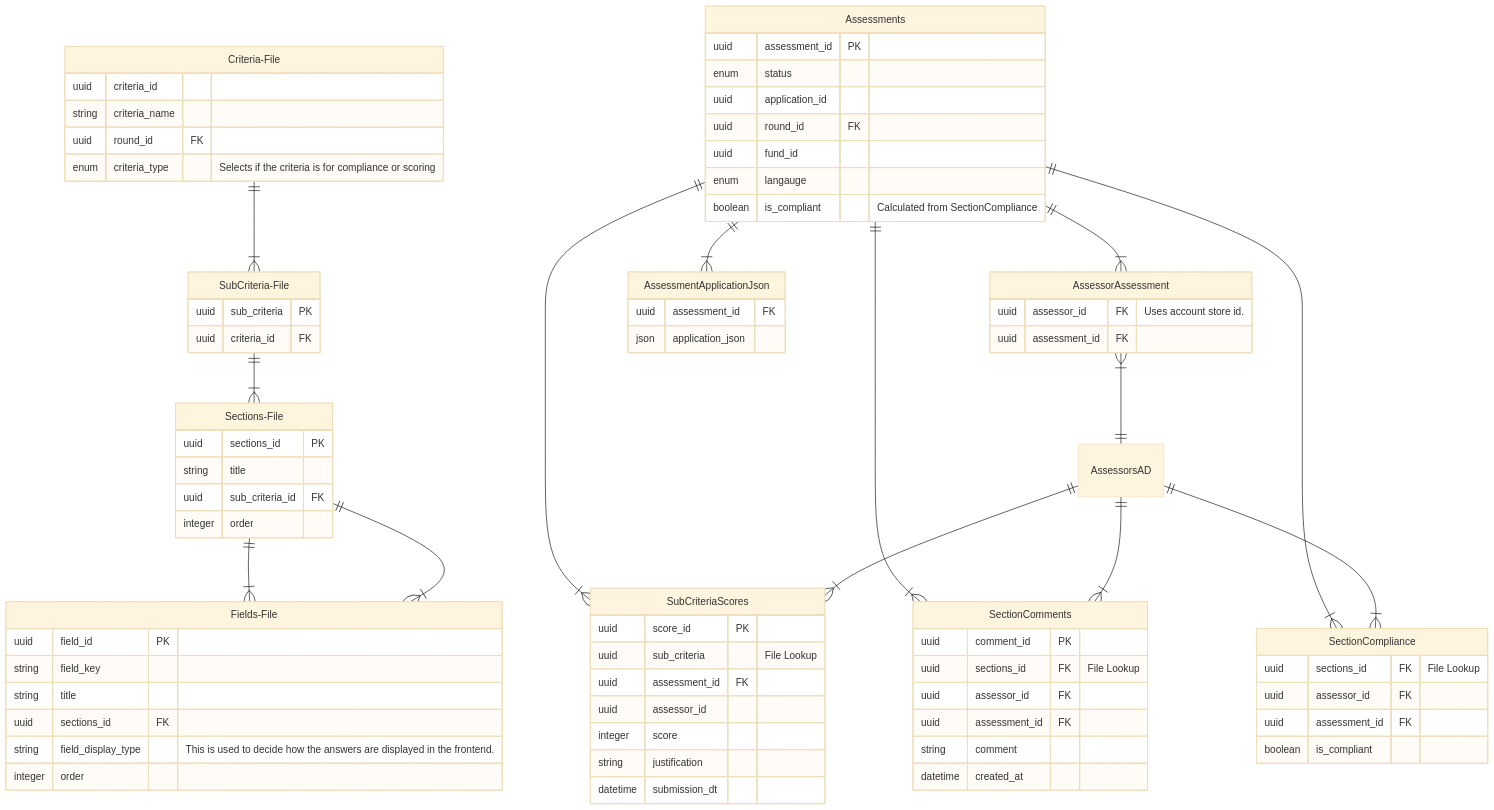
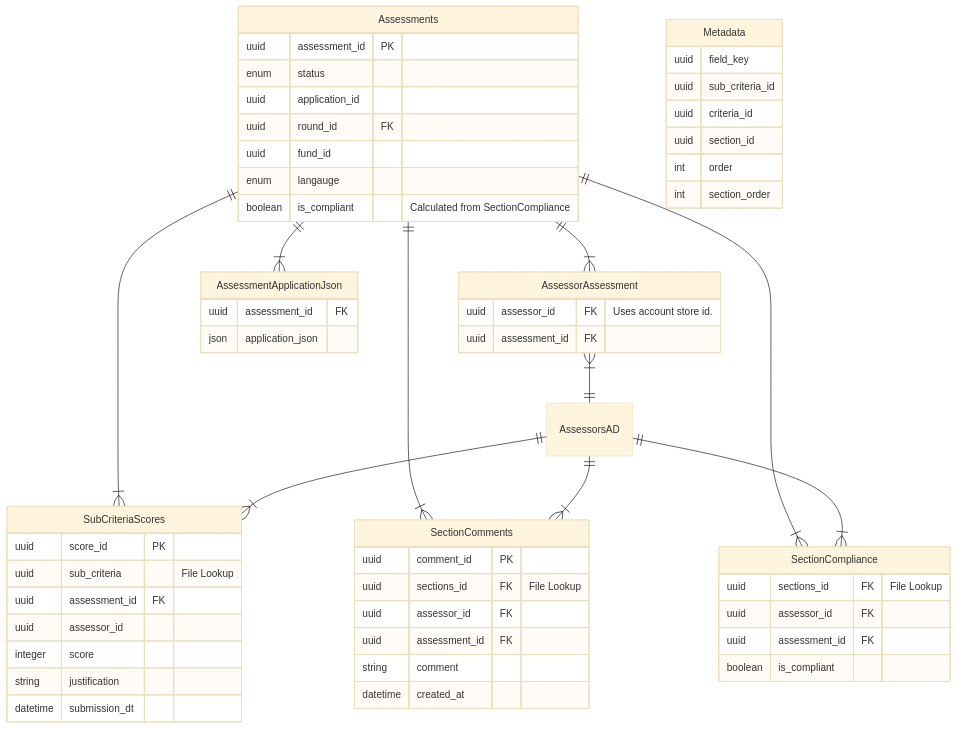
One commit to communitiesuk/funding-service-design-assessment-store changed the diagram in diagrams/db_diagram.md. Above: the diagram before and after it, drawn with Mermaid (base theme).

````diff
--- a/diagrams/db_diagram.md
+++ b/diagrams/db_diagram.md
@@ -1,15 +1,5 @@
 ```mermaid
 erDiagram
-	SubCriteria-File {
-		uuid sub_criteria PK
-		uuid criteria_id FK
-	}
-	Criteria-File {
-		uuid criteria_id
-		string criteria_name
-		uuid round_id FK
-		enum criteria_type  "Selects if the criteria is for compliance or scoring"
-	}
 	AssessorAssessment {
 		uuid assessor_id FK "Uses account store id."
 		uuid assessment_id FK
@@ -22,20 +12,6 @@
 		uuid fund_id
 		enum langauge 
 		boolean is_compliant  "Calculated from SectionCompliance"
-	}
-	Sections-File {
-		uuid sections_id PK
-		string title
-		uuid sub_criteria_id FK		
-		integer order
-	}
-	Fields-File {
-		uuid field_id PK
-		string field_key
-		string title
-		uuid sections_id FK
-		string field_display_type "This is used to decide how the answers are displayed in the frontend."
-		integer order
 	}
 	AssessmentApplicationJson {
 		uuid assessment_id FK
@@ -64,6 +40,15 @@
 		string comment
 		datetime created_at
 	}
+	Metadata {
+		uuid field_key
+		uuid sub_criteria_id
+		uuid criteria_id
+		uuid section_id
+		int order
+		int section_order
+	}
+		
 	
 	
 	Assessments ||--|{ SubCriteriaScores : ""
@@ -75,10 +60,4 @@
 	AssessorsAD ||--|{ SubCriteriaScores : ""
 	AssessorsAD ||--|{ SectionCompliance : ""
 	AssessorAssessment }|--|| AssessorsAD : ""
-	
-	Criteria-File ||--|{ SubCriteria-File : ""
-	SubCriteria-File ||--|{ Sections-File : ""
-	Sections-File ||--|{ Fields-File : ""
-	Sections-File ||--|{ Fields-File : ""
-
 ```
````
